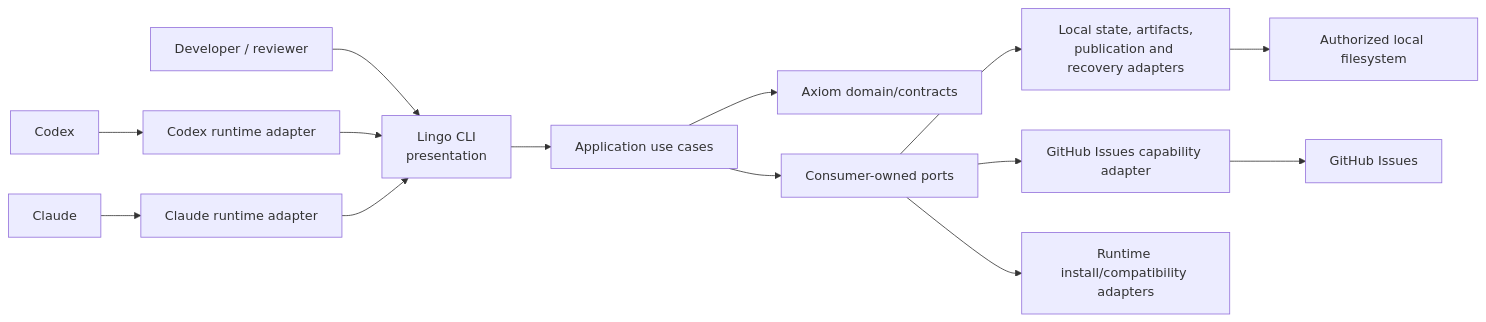
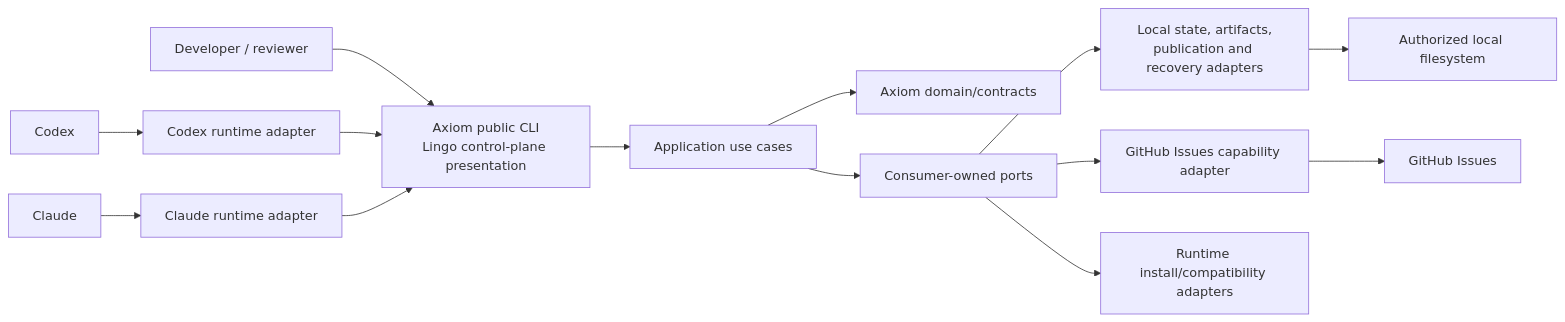
Before and after one commit to joaby-oliveira/axiom: the diagram in docs/specifications/004-mvp-v1-baseline/plan.md, drawn with Mermaid. The commit also changed other lines of this file, not shown here.

````diff
--- a/docs/specifications/004-mvp-v1-baseline/plan.md
+++ b/docs/specifications/004-mvp-v1-baseline/plan.md
@@ -147,16 +173,16 @@
 ```mermaid
 flowchart LR
-    H["Developer / reviewer"] --> CLI["Lingo CLI\npresentation"]
+    H["Developer / reviewer"] --> CLI["Axiom public CLI\nLingo control-plane presentation"]
     C["Codex"] --> CRA["Codex runtime adapter"]
     CL["Claude"] --> CLR["Claude runtime adapter"]
     CRA --> CLI
     CLR --> CLI
     CLI --> APP["Application use cases"]
     APP --> DOM["Axiom domain/contracts"]
     APP --> PORTS["Consumer-owned ports"]
     PORTS --> LOCAL["Local state, artifacts,\npublication and recovery adapters"]
     PORTS --> GH["GitHub Issues capability adapter"]
     PORTS --> RUNTIME["Runtime install/compatibility adapters"]
     GH --> GITHUB["GitHub Issues"]
     LOCAL --> FS["Authorized local filesystem"]
 ```
````
